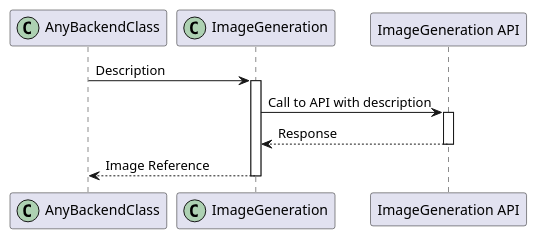
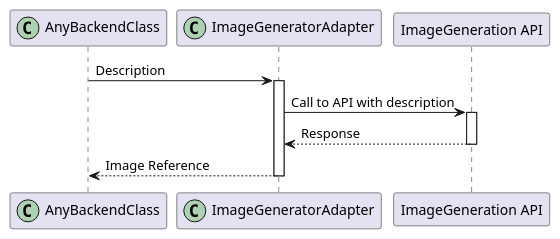
One commit to kambed/FoodzillaArchitecture changed the third of 6 diagrams in SequenceDiagrams.md. Above: the diagram before and after it, drawn with PlantUML. The commit also changed other lines of this file and 17 other files, not shown here.

````diff
--- a/SequenceDiagrams.md
+++ b/SequenceDiagrams.md
@@ -53,14 +57,14 @@
 ```plantuml
 @startuml
 participant AnyBackendClass << (C,#ADD1B2) >>
-participant ImageGeneration  << (C,#ADD1B2) >>
+participant ImageGeneratorAdapter  << (C,#ADD1B2) >>
 participant "ImageGeneration API" as imageGenerationApi
 
-AnyBackendClass -> ImageGeneration: Description
-activate ImageGeneration
-ImageGeneration -> imageGenerationApi: Call to API with description
+AnyBackendClass -> ImageGeneratorAdapter: Description
+activate ImageGeneratorAdapter
+ImageGeneratorAdapter -> imageGenerationApi: Call to API with description
 activate imageGenerationApi
 return Response
 return Image Reference
 @enduml
 ```
````
